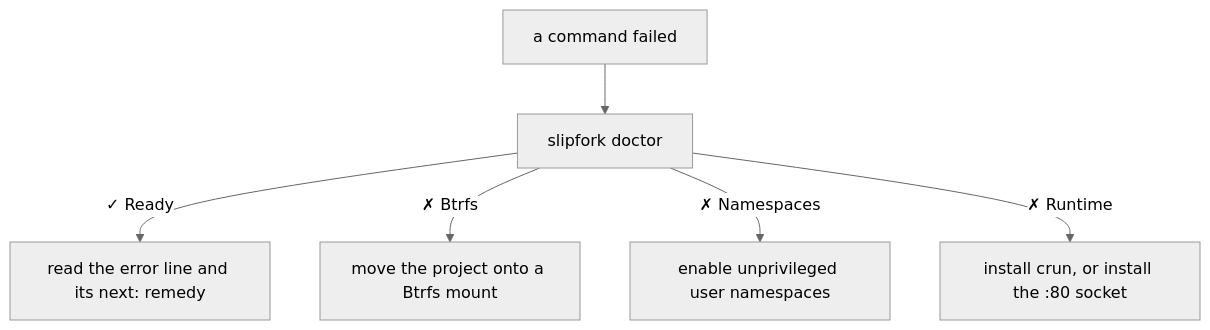
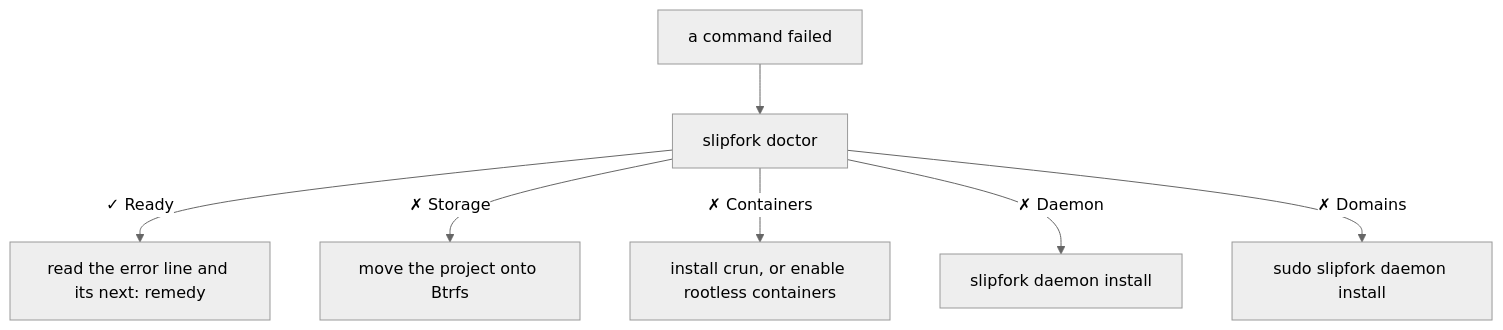
The diagram in docs/troubleshooting.md (OffworldNexus/slipfork), drawn with Mermaid (neutral theme) before and after one commit. The commit also changed other lines of this file and 9 other files, not shown here.

````diff
--- a/docs/troubleshooting.md
+++ b/docs/troubleshooting.md
@@ -15,8 +15,9 @@
 ```mermaid
 flowchart TD
   E["a command failed"] --> D["slipfork doctor"]
   D -->|"✓ Ready"| M["read the error line and its next: remedy"]
-  D -->|"✗ Btrfs"| B["move the project onto a Btrfs mount"]
-  D -->|"✗ Namespaces"| N["enable unprivileged user namespaces"]
-  D -->|"✗ Runtime"| R["install crun, or install the :80 socket"]
+  D -->|"✗ Storage"| B["move the project onto Btrfs"]
+  D -->|"✗ Containers"| N["install crun, or enable rootless containers"]
+  D -->|"✗ Daemon"| R["slipfork daemon install"]
+  D -->|"✗ Domains"| S["sudo slipfork daemon install"]
 ```
````
